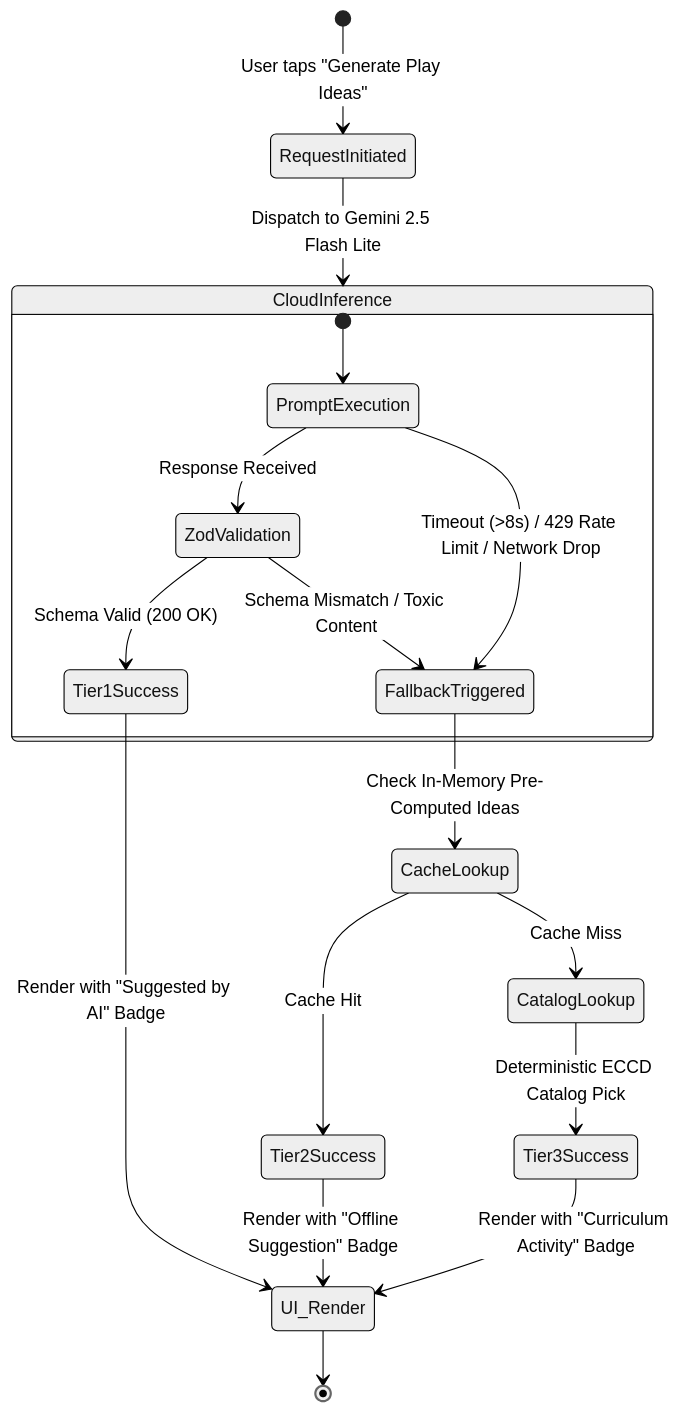
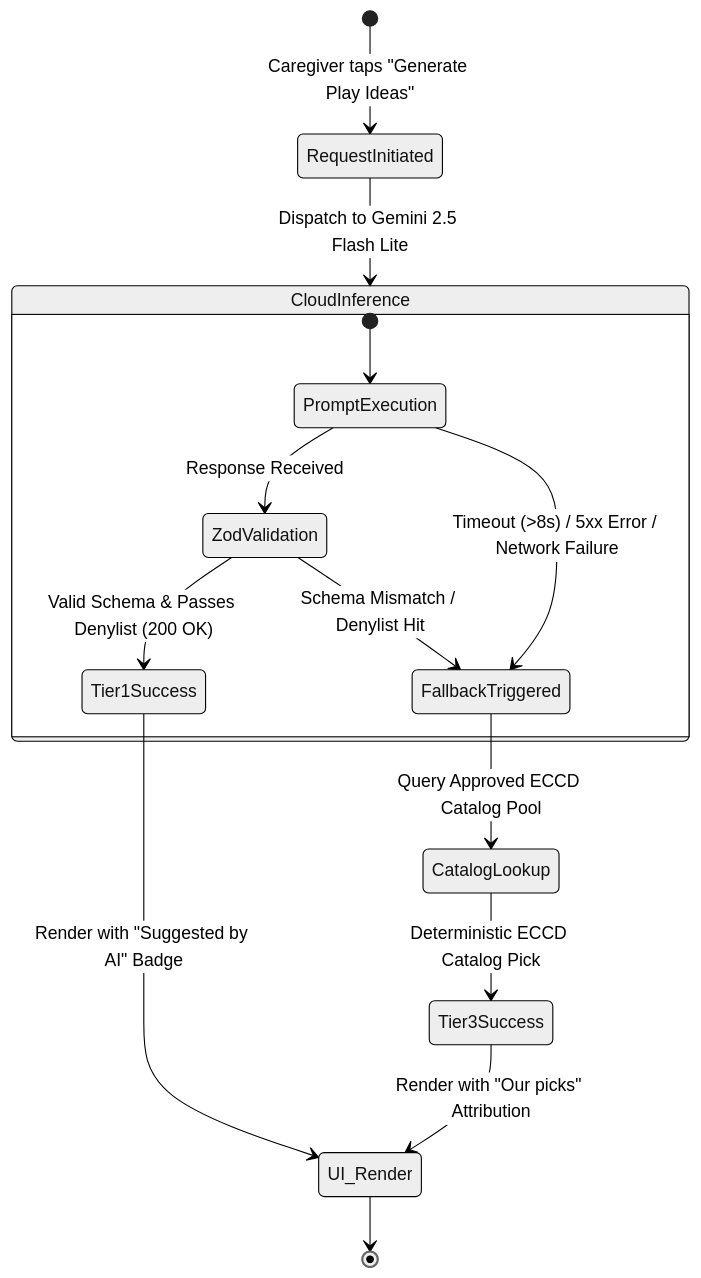
Before and after one commit to Thesis-Titans/littlesteps-docs: the fifth of 6 diagrams in docs/academic/cc207b/software-documentation.md, drawn with Mermaid (neutral theme). The commit also changed other lines of this file and 1 other file, not shown here.

Commit message:
docs(cc207b): align AI schemas, fallback architecture, and response contracts with implementation

````diff
--- a/docs/academic/cc207b/software-documentation.md
+++ b/docs/academic/cc207b/software-documentation.md
@@ -269,25 +269,21 @@
 ```mermaid
 stateDiagram-v2
-    [*] --> RequestInitiated: User taps "Generate Play Ideas"
+    [*] --> RequestInitiated: Caregiver taps "Generate Play Ideas"
     RequestInitiated --> CloudInference: Dispatch to Gemini 2.5 Flash Lite
     
     state CloudInference {
         [*] --> PromptExecution
         PromptExecution --> ZodValidation: Response Received
-        ZodValidation --> Tier1Success: Schema Valid (200 OK)
-        ZodValidation --> FallbackTriggered: Schema Mismatch / Toxic Content
-        PromptExecution --> FallbackTriggered: Timeout (>8s) / 429 Rate Limit / Network Drop
+        ZodValidation --> Tier1Success: Valid Schema & Passes Denylist (200 OK)
+        ZodValidation --> FallbackTriggered: Schema Mismatch / Denylist Hit
+        PromptExecution --> FallbackTriggered: Timeout (>8s) / 5xx Error / Network Failure
     }
     
     Tier1Success --> UI_Render: Render with "Suggested by AI" Badge
     
-    FallbackTriggered --> CacheLookup: Check In-Memory Pre-Computed Ideas
-    CacheLookup --> Tier2Success: Cache Hit
-    CacheLookup --> CatalogLookup: Cache Miss
-    
+    FallbackTriggered --> CatalogLookup: Query Approved ECCD Catalog Pool
     CatalogLookup --> Tier3Success: Deterministic ECCD Catalog Pick
     
-    Tier2Success --> UI_Render: Render with "Offline Suggestion" Badge
-    Tier3Success --> UI_Render: Render with "Curriculum Activity" Badge
+    Tier3Success --> UI_Render: Render with "Our picks" Attribution
     UI_Render --> [*]
 ```
````
